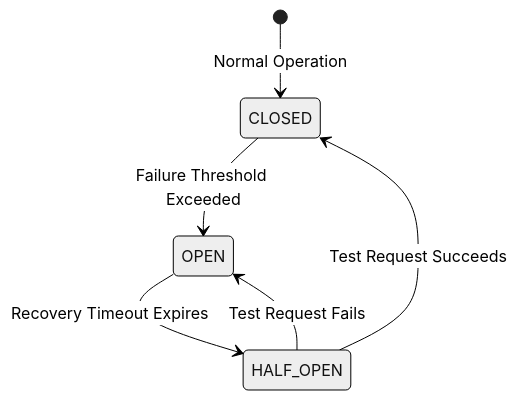
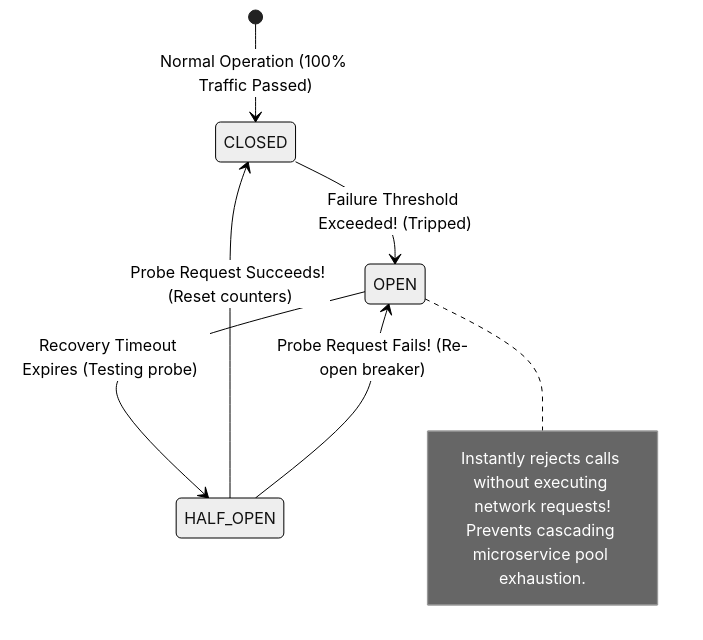
One commit to Amie-dev/engineering-playbook changed the first of 2 diagrams in js-patterns/28-retry-and-circuit-breaker.md. Above: the diagram before and after it, drawn with Mermaid (neutral theme). The commit also changed other lines of this file and 39 other files, not shown here.

````diff
--- a/js-patterns/28-retry-and-circuit-breaker.md
+++ b/js-patterns/28-retry-and-circuit-breaker.md
@@ -11,8 +16,15 @@
 ```mermaid
 stateDiagram-v2
-    [*] --> CLOSED: Normal Operation
-    CLOSED --> OPEN: Failure Threshold Exceeded
-    OPEN --> HALF_OPEN: Recovery Timeout Expires
-    HALF_OPEN --> CLOSED: Test Request Succeeds
-    HALF_OPEN --> OPEN: Test Request Fails
+    [*] --> CLOSED : Normal Operation (100% Traffic Passed)
+    CLOSED --> OPEN : Failure Threshold Exceeded! (Tripped)
+    
+    OPEN --> HALF_OPEN : Recovery Timeout Expires (Testing probe)
+    
+    HALF_OPEN --> CLOSED : Probe Request Succeeds! (Reset counters)
+    HALF_OPEN --> OPEN : Probe Request Fails! (Re-open breaker)
+    
+    note right of OPEN
+        Instantly rejects calls without executing network requests!
+        Prevents cascading microservice pool exhaustion.
+    end note
 ```
````
